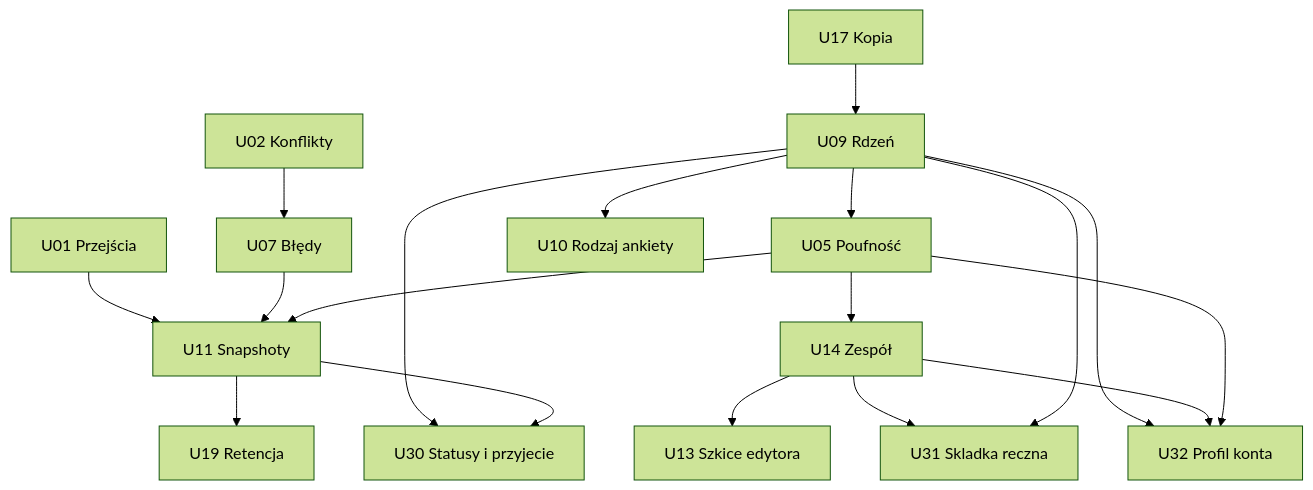
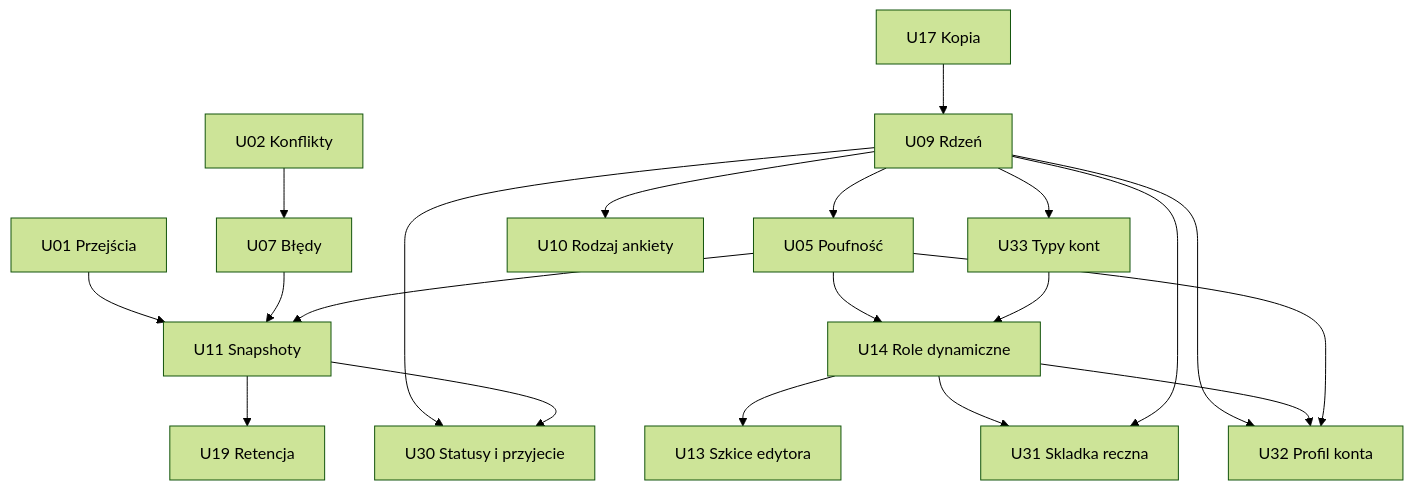
One commit to Krasny-Lis/ursunalia-character-generator changed the diagram in docs/planning/BACKLOG.md. Above: the diagram before and after it, drawn with Mermaid (forest theme). The commit also changed other lines of this file, not shown here.

````diff
--- a/docs/planning/BACKLOG.md
+++ b/docs/planning/BACKLOG.md
@@ -453,20 +462,22 @@
 ```mermaid
 flowchart TD
     U01["U01 Przejścia"] --> U11["U11 Snapshoty"]
     U02["U02 Konflikty"] --> U07["U07 Błędy"]
     U07 --> U11
     U17["U17 Kopia"] --> U09["U09 Rdzeń"]
     U09 --> U05["U05 Poufność"]
     U09 --> U10["U10 Rodzaj ankiety"]
     U05 --> U11
-    U05 --> U14["U14 Zespół"]
+    U05 --> U14["U14 Role dynamiczne"]
+    U09 --> U33["U33 Typy kont"]
+    U33 --> U14
     U11 --> U19["U19 Retencja"]
     U14 --> U13["U13 Szkice edytora"]
     U09 --> U30["U30 Statusy i przyjecie"]
     U11 --> U30
     U14 --> U31["U31 Skladka reczna"]
     U09 --> U32["U32 Profil konta"]
     U14 --> U32
     U05 --> U32
     U09 --> U31
 ```
````
